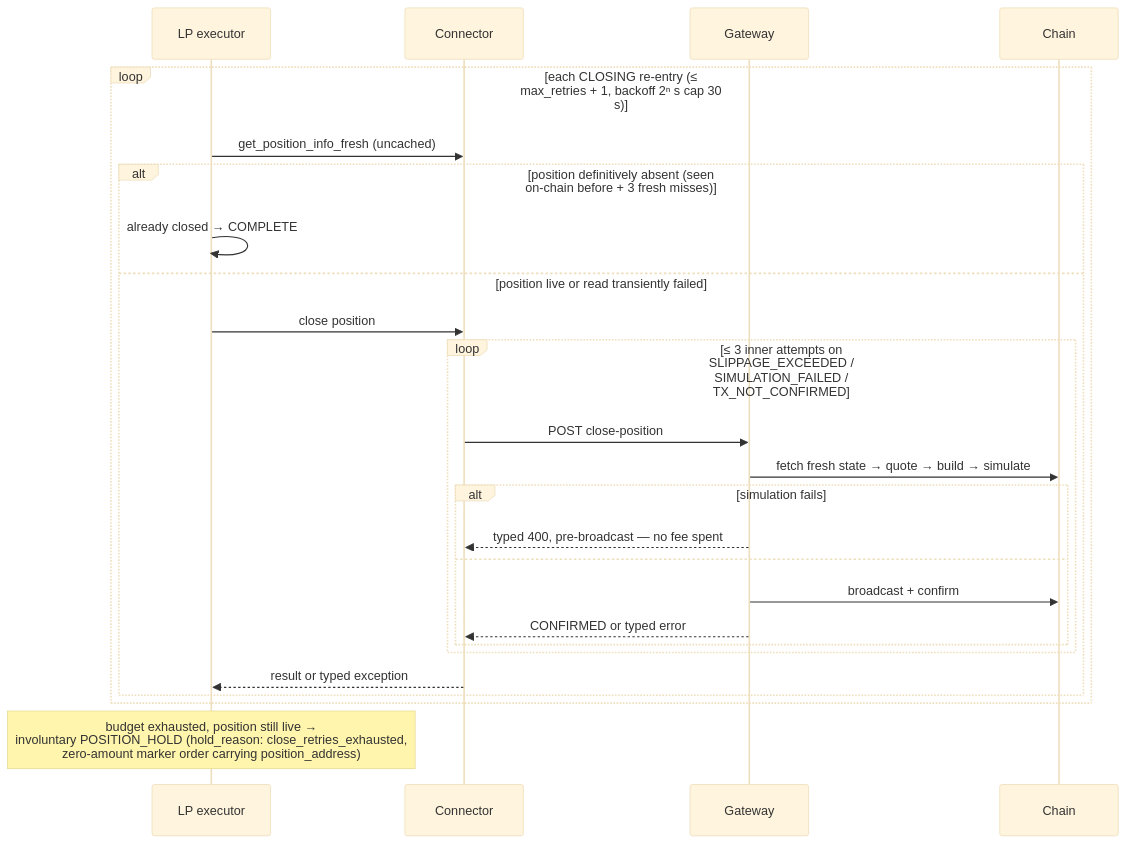
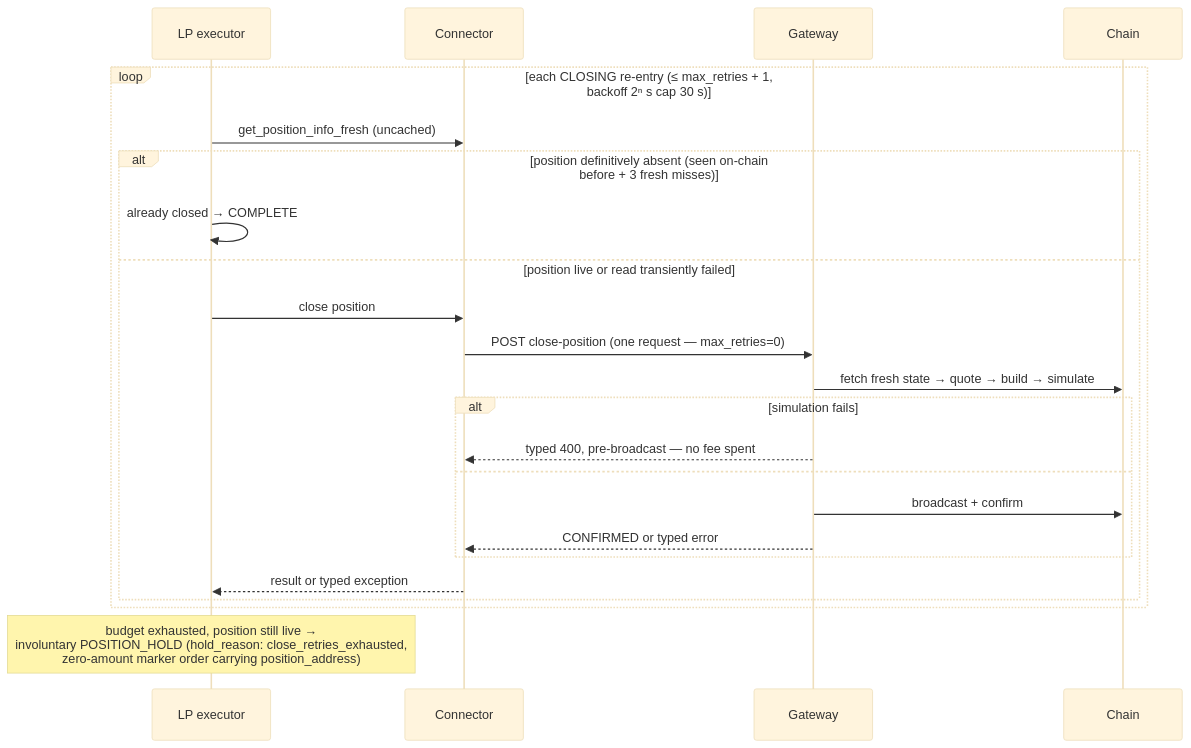
One commit to hummingbot/gateway changed the second of 5 diagrams in docs/retry-architecture.md. Above: the diagram before and after it, drawn with Mermaid (base theme). The commit also changed other lines of this file, not shown here.

First line of the commit message:
docs: single close-retry loop; unified poll contract

````diff
--- a/docs/retry-architecture.md
+++ b/docs/retry-architecture.md
@@ -96,28 +96,26 @@
 ```mermaid
 sequenceDiagram
     participant EX as LP executor
     participant CN as Connector
     participant GW as Gateway
     participant SOL as Chain
 
     loop each CLOSING re-entry (≤ max_retries + 1, backoff 2ⁿ s cap 30 s)
         EX->>CN: get_position_info_fresh (uncached)
         alt position definitively absent (seen on-chain before + 3 fresh misses)
             EX->>EX: already closed → COMPLETE
         else position live or read transiently failed
             EX->>CN: close position
-            loop ≤ 3 inner attempts on SLIPPAGE_EXCEEDED / SIMULATION_FAILED / TX_NOT_CONFIRMED
-                CN->>GW: POST close-position
-                GW->>SOL: fetch fresh state → quote → build → simulate
-                alt simulation fails
-                    GW-->>CN: typed 400, pre-broadcast — no fee spent
-                else
-                    GW->>SOL: broadcast + confirm
-                    GW-->>CN: CONFIRMED or typed error
-                end
+            CN->>GW: POST close-position (one request — max_retries=0)
+            GW->>SOL: fetch fresh state → quote → build → simulate
+            alt simulation fails
+                GW-->>CN: typed 400, pre-broadcast — no fee spent
+            else
+                GW->>SOL: broadcast + confirm
+                GW-->>CN: CONFIRMED or typed error
             end
             CN-->>EX: result or typed exception
         end
     end
     Note over EX: budget exhausted, position still live →<br/>involuntary POSITION_HOLD (hold_reason: close_retries_exhausted,<br/>zero-amount marker order carrying position_address)
 ```
````
